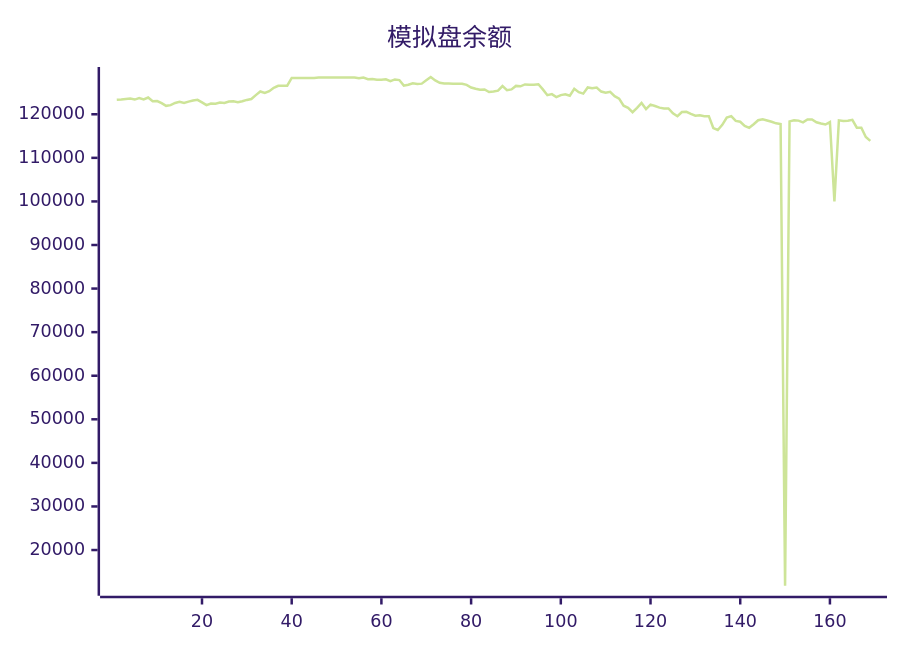
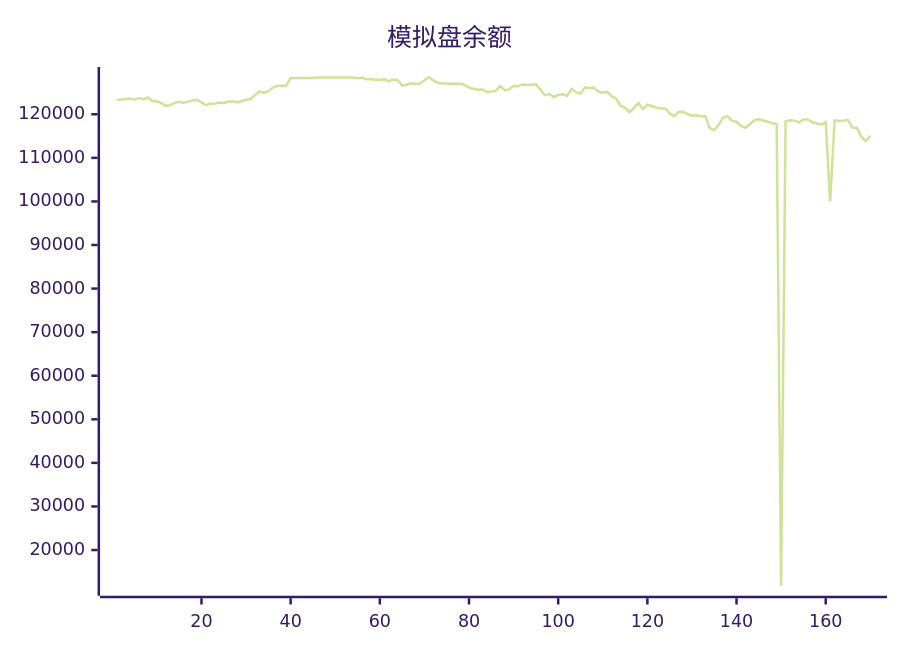
One commit to aahl/ai-trading changed the diagram in README.md. Above: the diagram before and after it, drawn with Mermaid (forest theme). The commit also changed other lines of this file and 1 other file, not shown here.

````diff
--- a/README.md
+++ b/README.md
@@ -5,5 +5,5 @@
 ```mermaid
 xychart
     title "模拟盘余额"
-    line [123338,123402,123530,123592,123378,123745,123413,123853,123009,123040,122557,121938,122095,122599,122856,122597,122898,123160,123319,122719,122087,122454,122416,122685,122592,122907,122961,122776,122981,123295,123507,124403,125224,124894,125303,126088,126544,126534,126549,128335,128318,128318,128318,128318,128318,128424,128424,128424,128424,128424,128424,128424,128424,128424,128247,128412,128062,128087,127917,127901,128026,127611,128000,127850,126572,126770,127100,126971,127029,127783,128554,127765,127224,127064,127044,127009,127025,127004,126738,126152,125871,125635,125707,125117,125217,125420,126480,125545,125715,126511,126424,126856,126764,126788,126890,125710,124381,124632,123936,124402,124574,124256,125833,125070,124739,126154,125966,126145,125213,124943,125143,124157,123604,121959,121476,120476,121470,122610,121201,122221,121889,121522,121332,121344,120232,119559,120513,120577,120108,119680,119777,119572,119568,116839,116392,117573,119250,119585,118469,118277,117338,116897,117706,118628,118849,118579,118280,117926,117735,11802,118373,118639,118544,118136,118798,118819,118162,117874,117649,118215,100000,118601,118463,118517,118713,116911,116899,114798,113887]
+    line [123338,123402,123530,123592,123378,123745,123413,123853,123009,123040,122557,121938,122095,122599,122856,122597,122898,123160,123319,122719,122087,122454,122416,122685,122592,122907,122961,122776,122981,123295,123507,124403,125224,124894,125303,126088,126544,126534,126549,128335,128318,128318,128318,128318,128318,128424,128424,128424,128424,128424,128424,128424,128424,128424,128247,128412,128062,128087,127917,127901,128026,127611,128000,127850,126572,126770,127100,126971,127029,127783,128554,127765,127224,127064,127044,127009,127025,127004,126738,126152,125871,125635,125707,125117,125217,125420,126480,125545,125715,126511,126424,126856,126764,126788,126890,125710,124381,124632,123936,124402,124574,124256,125833,125070,124739,126154,125966,126145,125213,124943,125143,124157,123604,121959,121476,120476,121470,122610,121201,122221,121889,121522,121332,121344,120232,119559,120513,120577,120108,119680,119777,119572,119568,116839,116392,117573,119250,119585,118469,118277,117338,116897,117706,118628,118849,118579,118280,117926,117735,11802,118373,118639,118544,118136,118798,118819,118162,117874,117649,118215,100000,118601,118463,118517,118713,116911,116899,114798,113887,115084]
 ```
````
